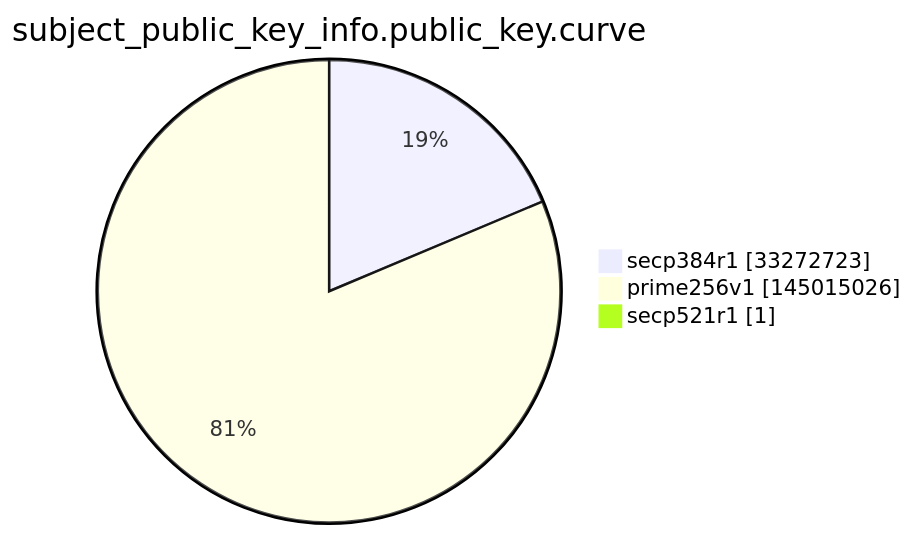
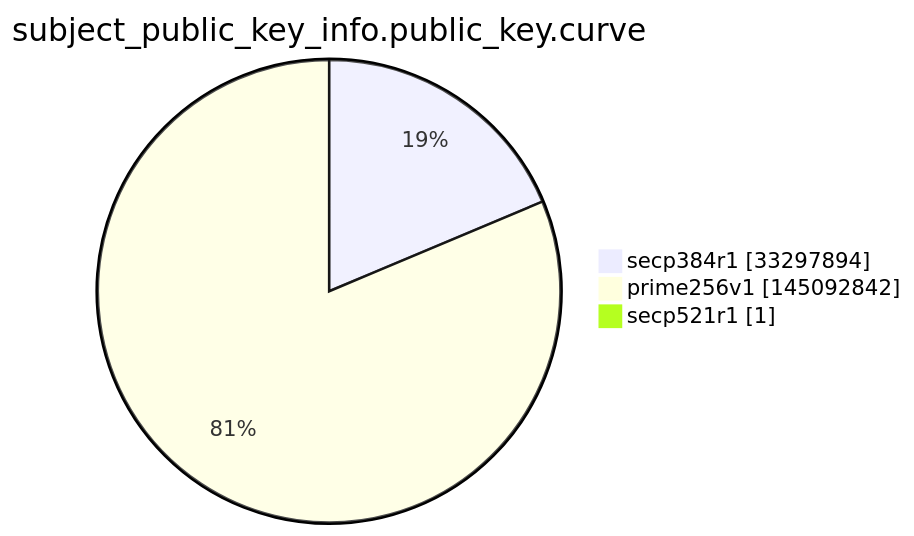
One commit to christiankrug/ctmonitor_visualization changed the ninth of 15 diagrams in argon2022/README.md. Above: the diagram before and after it, drawn with Mermaid. The commit also changed other lines of this file, not shown here.

````diff
--- a/argon2022/README.md
+++ b/argon2022/README.md
@@ -2764,7 +2764,7 @@
 ```mermaid
 pie showData
 title subject_public_key_info.public_key.curve
-"secp384r1" :33272723
-"prime256v1" :145015026
+"secp384r1" :33297894
+"prime256v1" :145092842
 "secp521r1" :1
 ```
````
